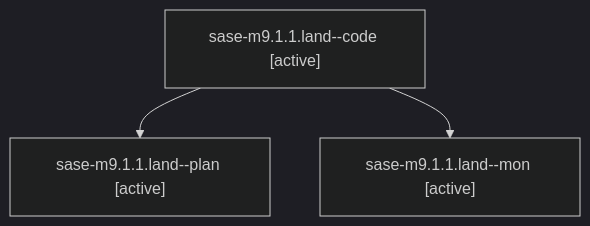
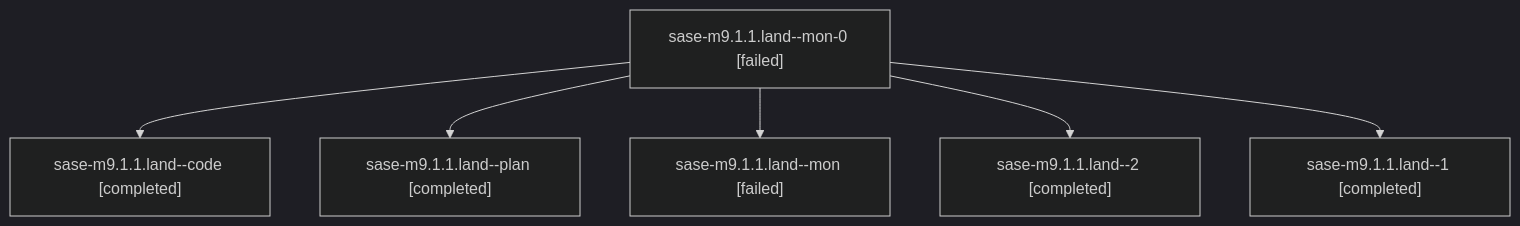
One commit to sase-org/sase--agents changed the diagram in families/bbugyi200.athena.sase-m9.1.1.land.md. Above: the diagram before and after it, drawn with Mermaid (dark theme). The commit also changed other lines of this file and 188 other files, not shown here.

````diff
--- a/families/bbugyi200.athena.sase-m9.1.1.land.md
+++ b/families/bbugyi200.athena.sase-m9.1.1.land.md
@@ -9,8 +9,14 @@
 ```mermaid
 flowchart TD
-  n0["sase-m9.1.1.land--code [active]"]
-  n1["sase-m9.1.1.land--plan [active]"]
+  n0["sase-m9.1.1.land--mon-0 [failed]"]
+  n1["sase-m9.1.1.land--code [completed]"]
   n0 --> n1
-  n2["sase-m9.1.1.land--mon [active]"]
+  n2["sase-m9.1.1.land--plan [completed]"]
   n0 --> n2
+  n3["sase-m9.1.1.land--mon [failed]"]
+  n0 --> n3
+  n4["sase-m9.1.1.land--2 [completed]"]
+  n0 --> n4
+  n5["sase-m9.1.1.land--1 [completed]"]
+  n0 --> n5
 ```
````
